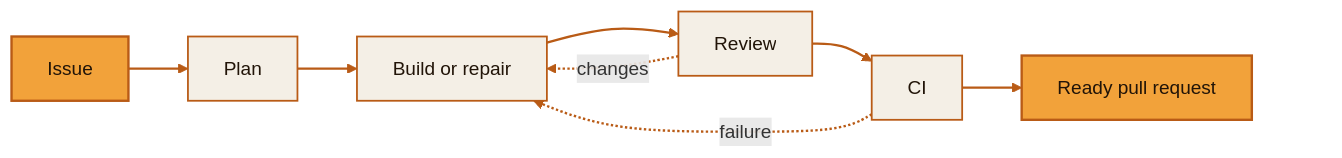
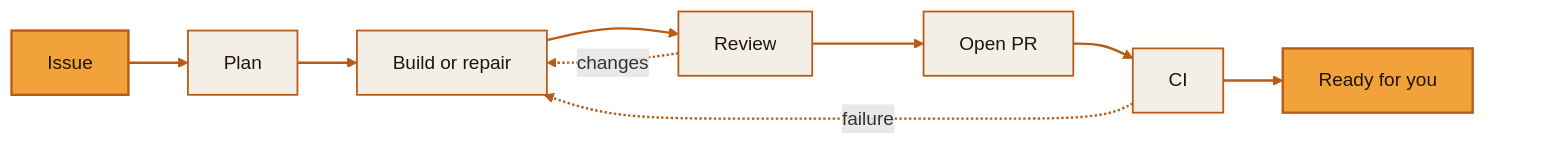
One commit to owainlewis/machinist changed the first of 2 diagrams in README.md. Above: the diagram before and after it, drawn with Mermaid. The commit also changed other lines of this file, not shown here.

````diff
--- a/README.md
+++ b/README.md
@@ -30,15 +46,15 @@
 ```mermaid
 flowchart LR
-    ISSUE[Issue] --> PLAN[Plan] --> WORK[Build or repair] --> REVIEW[Review] --> CI[CI] --> PR[Ready pull request]
+    ISSUE[Issue] --> PLAN[Plan] --> WORK[Build or repair] --> REVIEW[Review] --> PR[Open PR] --> CI[CI] --> READY[Ready for you]
     REVIEW -.->|changes| WORK
     CI -.->|failure| WORK
-    PR ~~~ SPACE(( ))
+    READY ~~~ SPACE(( ))
 
     classDef step fill:#f4efe6,stroke:#b95b16,color:#211408,stroke-width:1.5px
     classDef endpoint fill:#f2a23a,stroke:#b95b16,color:#211408,stroke-width:2px
     classDef spacer fill:transparent,stroke:transparent,color:transparent
-    class PLAN,WORK,REVIEW,CI step
-    class ISSUE,PR endpoint
+    class PLAN,WORK,REVIEW,PR,CI step
+    class ISSUE,READY endpoint
     class SPACE spacer
-    linkStyle 0,1,2,3,4,5,6 stroke:#b95b16,stroke-width:2px
+    linkStyle 0,1,2,3,4,5,6,7 stroke:#b95b16,stroke-width:2px
 ```
````
